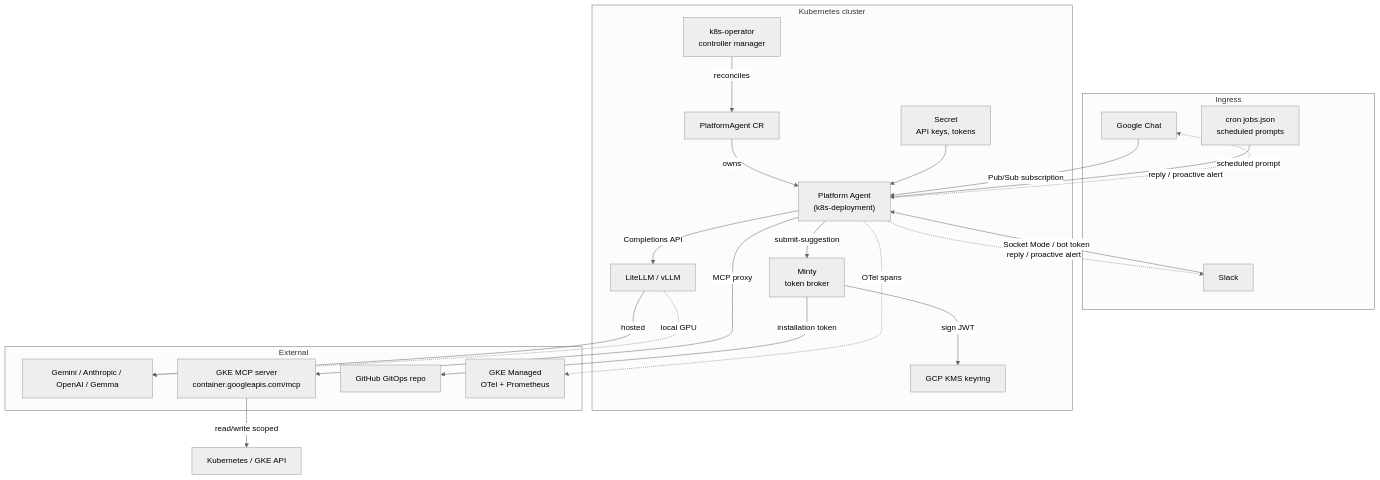
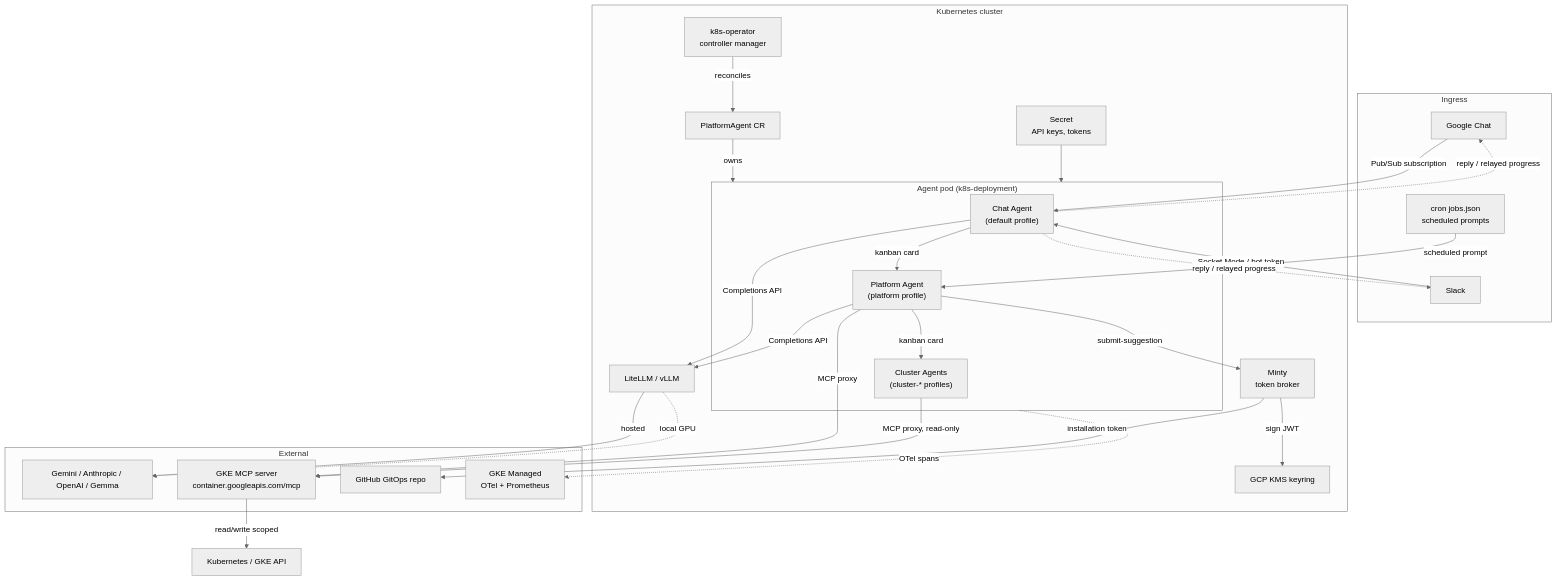
Before and after one commit to AntonTyb/kube-agents: the diagram in docs/site/src/content/docs/overview/architecture.mdx, drawn with Mermaid (neutral theme). The commit also changed other lines of this file and 28 other files, not shown here.

Commit message:
docs: cover the Chat Agent split and the newly merged documents (#448)

````diff
--- a/docs/site/src/content/docs/overview/architecture.mdx
+++ b/docs/site/src/content/docs/overview/architecture.mdx
@@ -12,48 +12,57 @@
 ```mermaid
 flowchart TB
     subgraph Ingress
         GC[Google Chat]
         SL[Slack]
         CR[cron jobs.json<br/>scheduled prompts]
     end
 
     subgraph Cluster["Kubernetes cluster"]
         OP[k8s-operator<br/>controller manager]
         CRD[PlatformAgent CR]
-        PA["Platform Agent<br/>(k8s-deployment)"]
+        subgraph Pod["Agent pod (k8s-deployment)"]
+            CA["Chat Agent<br/>(default profile)"]
+            PA["Platform Agent<br/>(platform profile)"]
+            CL["Cluster Agents<br/>(cluster-* profiles)"]
+        end
         SEC[Secret<br/>API keys, tokens]
         LM[LiteLLM / vLLM]
         MT[Minty<br/>token broker]
         KMS[GCP KMS keyring]
     end
 
     subgraph External
         LLM[Gemini / Anthropic / OpenAI / Gemma]
         MCPGKE[GKE MCP server<br/>container.googleapis.com/mcp]
         GH[GitHub GitOps repo]
         OTEL[GKE Managed<br/>OTel + Prometheus]
     end
 
-    GC -->|Pub/Sub subscription| PA
-    SL -->|Socket Mode / bot token| PA
+    GC -->|Pub/Sub subscription| CA
+    SL -->|Socket Mode / bot token| CA
     CR -->|scheduled prompt| PA
 
+    CA -->|kanban card| PA
+    PA -->|kanban card| CL
+
     OP -->|reconciles| CRD
-    CRD -->|owns| PA
-    SEC --> PA
+    CRD -->|owns| Pod
+    SEC --> Pod
 
+    CA -->|Completions API| LM
     PA -->|Completions API| LM
     LM -->|hosted| LLM
     LM -.->|local GPU| LLM
 
     PA -->|MCP proxy| MCPGKE
+    CL -->|MCP proxy, read-only| MCPGKE
     MCPGKE -->|read/write scoped| K8S[Kubernetes / GKE API]
 
     PA -->|submit-suggestion| MT
     MT -->|sign JWT| KMS
     MT -->|installation token| GH
 
-    PA -.->|OTel spans| OTEL
-    PA -.->|reply / proactive alert| GC
-    PA -.->|reply / proactive alert| SL
+    Pod -.->|OTel spans| OTEL
+    CA -.->|reply / relayed progress| GC
+    CA -.->|reply / relayed progress| SL
 ```
````
